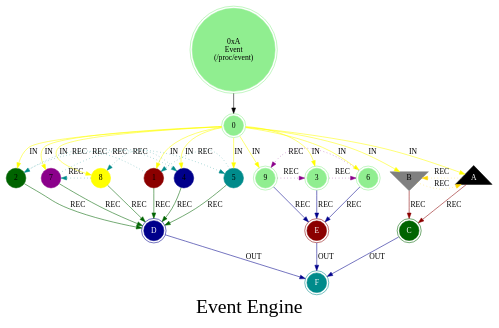
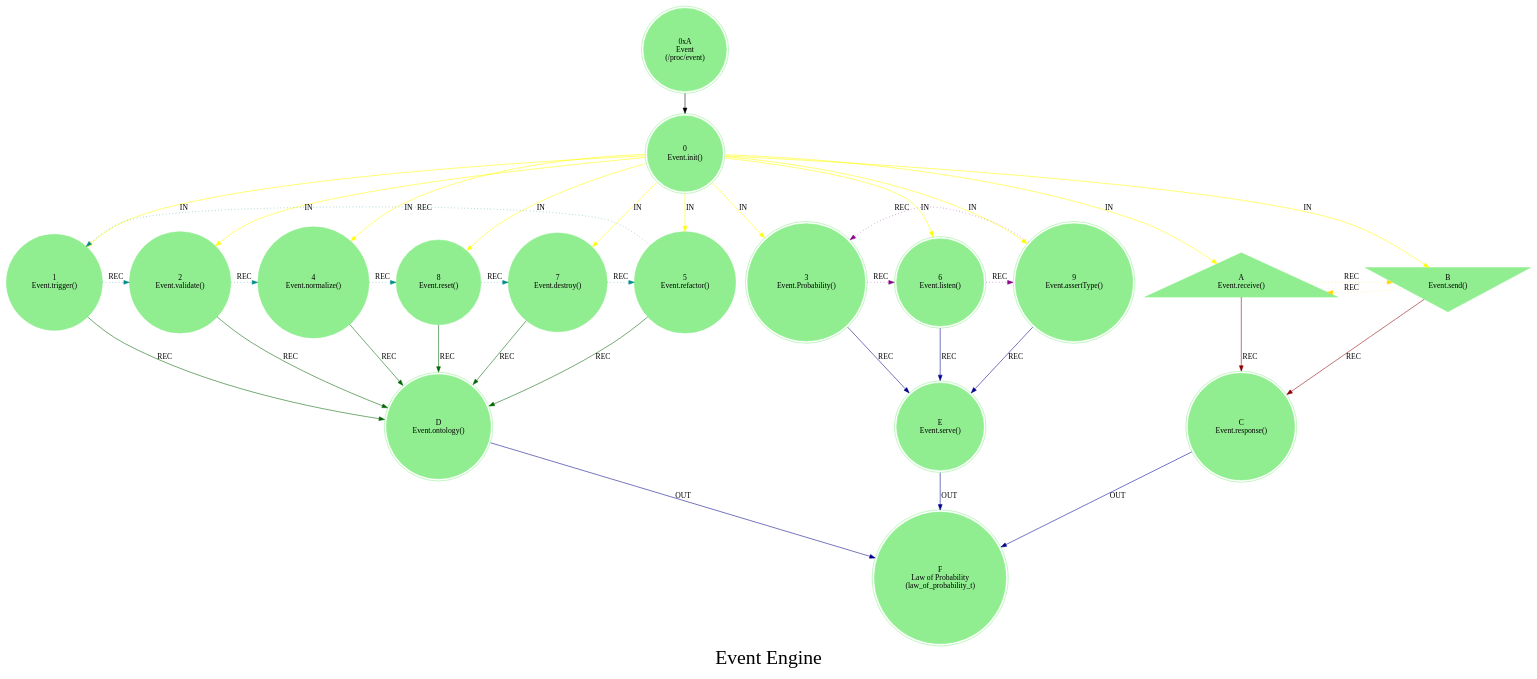
Before and after one commit to cilang/mythos: the diagram in src/core/mythos_proc_event.dot, drawn with Graphviz. The commit also changed 17 other files, not shown here.

```diff
--- a/src/core/mythos_proc_event.dot
+++ b/src/core/mythos_proc_event.dot
@@ -1,44 +1,44 @@
 strict digraph G {
     label = "Event Engine";
     style = filled;
     color = lightgrey;
     fontsize = "36";
     comment = "";
     node [shape = circle; style = filled; color = lightgreen;];
     
     spark_a_mythos_t [label = "0xA\nEvent\n(/proc/event)";shape = doublecircle;];
     
-    spark_0_event_t [label = "0";shape = doublecircle;comment = "";];
-    spark_1_event_t [label = "1";shape = circle;color = darkred;comment = "";];
-    spark_2_event_t [label = "2";shape = circle;color = darkgreen;comment = "";];
-    spark_3_event_t [label = "3";shape = doublecircle;comment = "";];
-    spark_4_event_t [label = "4";shape = circle;color = darkblue;comment = "";];
-    spark_5_event_t [label = "5";shape = circle;color = darkcyan;comment = "";];
-    spark_6_event_t [label = "6";shape = doublecircle;comment = "";];
-    spark_7_event_t [label = "7";shape = circle;color = darkmagenta;comment = "";];
-    spark_8_event_t [label = "8";shape = circle;color = yellow;comment = "";];
-    spark_9_event_t [label = "9";shape = doublecircle;comment = "";];
-    spark_a_event_t [label = "A";shape = triangle;color = black;fontcolor = white;comment = "";];
-    spark_b_event_t [label = "B";shape = invtriangle;color = grey;comment = "";];
-    spark_c_event_t [label = "C";shape = doublecircle;color = darkgreen;style = filled;fontcolor = white;];
-    spark_d_event_t [label = "D";shape = doublecircle;color = darkblue;style = filled;fontcolor = white;];
-    spark_e_event_t [label = "E";shape = doublecircle;color = darkred;style = filled;fontcolor = white;];
-    spark_f_event_t [label = "F";shape = doublecircle;color = darkcyan;style = filled;fontcolor = white;];
+    spark_0_event_t [label = "0\nEvent.init()";shape = doublecircle;comment = "Engine Init";];
+    spark_1_event_t [label = "1\nEvent.trigger()";shape = circle;comment = "";];
+    spark_2_event_t [label = "2\nEvent.validate()";shape = circle;comment = "";];
+    spark_4_event_t [label = "4\nEvent.normalize()";shape = circle;comment = "";];
+    spark_8_event_t [label = "8\nEvent.reset()";shape = circle;comment = "";];
+    spark_7_event_t [label = "7\nEvent.destroy()";shape = circle;comment = "";];
+    spark_5_event_t [label = "5\nEvent.refactor()";shape = circle;comment = "";];
+    spark_3_event_t [label = "3\nEvent.Probability()";shape = doublecircle;comment = "";];
+    spark_6_event_t [label = "6\nEvent.listen()";shape = doublecircle;comment = "";];
+    spark_9_event_t [label = "9\nEvent.assertType()";shape = doublecircle;comment = "";];
+    spark_a_event_t [label = "A\nEvent.receive()";shape = triangle;comment = "";];
+    spark_b_event_t [label = "B\nEvent.send()";shape = invtriangle;comment = "";];
+    spark_c_event_t [label = "C\nEvent.response()";shape = doublecircle;comment = "";];
+    spark_d_event_t [label = "D\nEvent.ontology()";shape = doublecircle;comment = "";];
+    spark_e_event_t [label = "E\nEvent.serve()";shape = doublecircle;comment = "`/proc/event`";];
+    spark_f_event_t [label = "F\nLaw of Probability\n(law_of_probability_t)";shape = doublecircle;comment = "";];
     
     // IN = Input
     // OUT = Output
     // REC = Recursion
     spark_0_event_t -> {spark_a_event_t spark_b_event_t spark_1_event_t spark_2_event_t spark_3_event_t spark_4_event_t spark_5_event_t spark_6_event_t spark_7_event_t spark_8_event_t spark_9_event_t} [label = "IN"; color = yellow; comment = "";];
     
     {spark_a_event_t spark_b_event_t} -> spark_c_event_t [label = "REC"; color = darkred; comment = "";];
     {spark_1_event_t spark_2_event_t spark_4_event_t spark_8_event_t spark_7_event_t spark_5_event_t} -> spark_d_event_t [label = "REC"; color = darkgreen; comment = "";];
     {spark_3_event_t spark_6_event_t spark_9_event_t} -> spark_e_event_t [label = "REC"; color = darkblue; comment = "";];
     
     spark_1_event_t -> spark_2_event_t -> spark_4_event_t -> spark_8_event_t -> spark_7_event_t -> spark_5_event_t -> spark_1_event_t [label = "REC"; color = darkcyan; comment = ""; style = dotted; constraint = false;];
     spark_3_event_t -> spark_6_event_t -> spark_9_event_t -> spark_3_event_t [label = "REC"; color = darkmagenta; comment = ""; style = dotted; constraint = false;];
     spark_a_event_t -> spark_b_event_t -> spark_a_event_t [label = "REC"; color = gold; comment = ""; style = dotted; constraint = false;];
     
     {spark_c_event_t spark_d_event_t spark_e_event_t} -> spark_f_event_t [label = "OUT"; color = darkblue; comment = "";];
     
     spark_a_mythos_t -> spark_0_event_t;
 }
```
